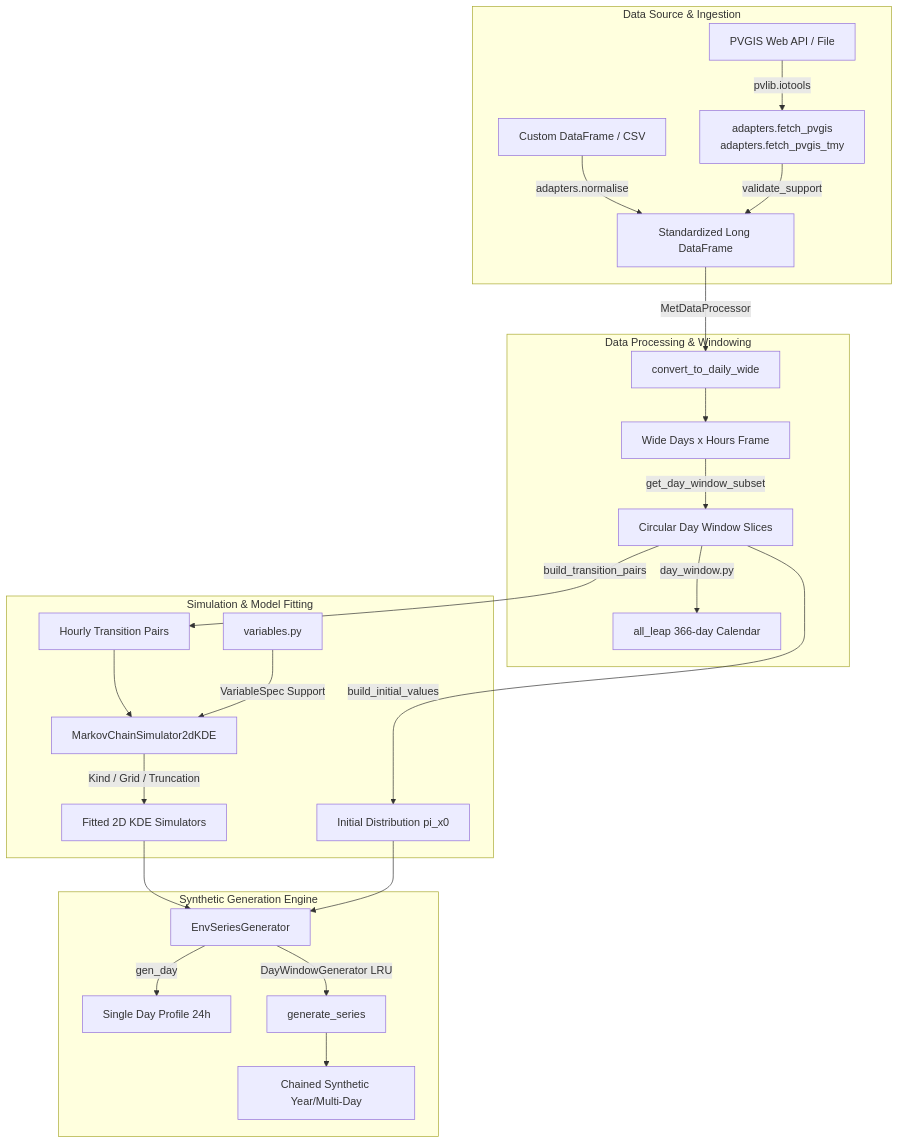
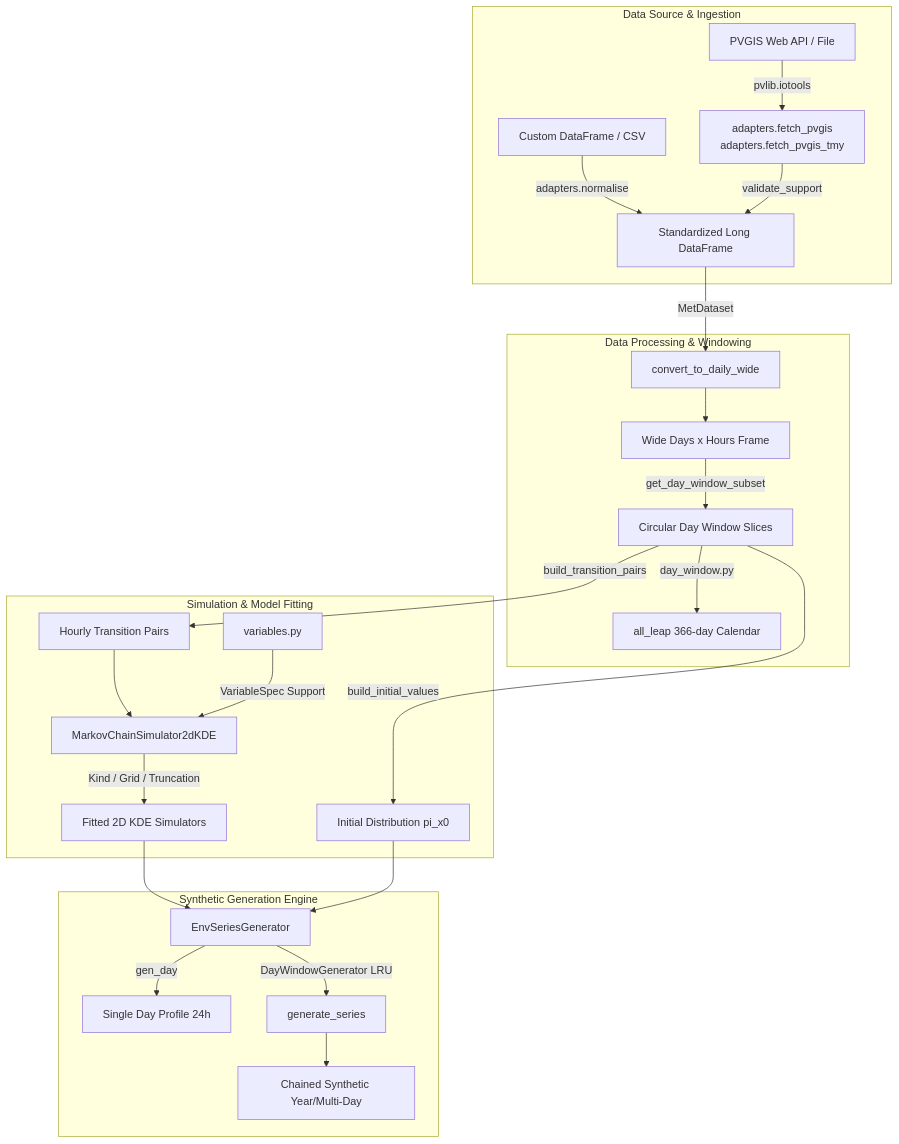
Before and after one commit to npapnet/meteosynth: the first of 2 diagrams in docs/design/architecture.md, drawn with Mermaid. The commit also changed other lines of this file and 47 other files, not shown here.

````diff
--- a/docs/design/architecture.md
+++ b/docs/design/architecture.md
@@ -92,31 +92,31 @@
 ```mermaid
 flowchart TD
     subgraph Data Source & Ingestion
         A[PVGIS Web API / File] -->|pvlib.iotools| B["adapters.fetch_pvgis<br/>adapters.fetch_pvgis_tmy"]
         C[Custom DataFrame / CSV] -->|adapters.normalise| D[Standardized Long DataFrame]
         B -->|validate_support| D
     end
 
     subgraph Data Processing & Windowing
-        D -->|MetDataProcessor| E[convert_to_daily_wide]
+        D -->|MetDataset| E[convert_to_daily_wide]
         E --> F[Wide Days x Hours Frame]
         F -->|get_day_window_subset| G[Circular Day Window Slices]
         G -->|day_window.py| H[all_leap 366-day Calendar]
     end
 
     subgraph Simulation & Model Fitting
         G -->|build_transition_pairs| I[Hourly Transition Pairs]
         G -->|build_initial_values| J[Initial Distribution pi_x0]
         I --> K[MarkovChainSimulator2dKDE]
         K -->|Kind / Grid / Truncation| L[Fitted 2D KDE Simulators]
         variables.py -->|VariableSpec Support| K
     end
 
     subgraph Synthetic Generation Engine
         L --> M[EnvSeriesGenerator]
         J --> M
         M -->|gen_day| N[Single Day Profile 24h]
         M -->|DayWindowGenerator LRU| O[generate_series]
         O --> P[Chained Synthetic Year/Multi-Day]
     end
 ```
````
